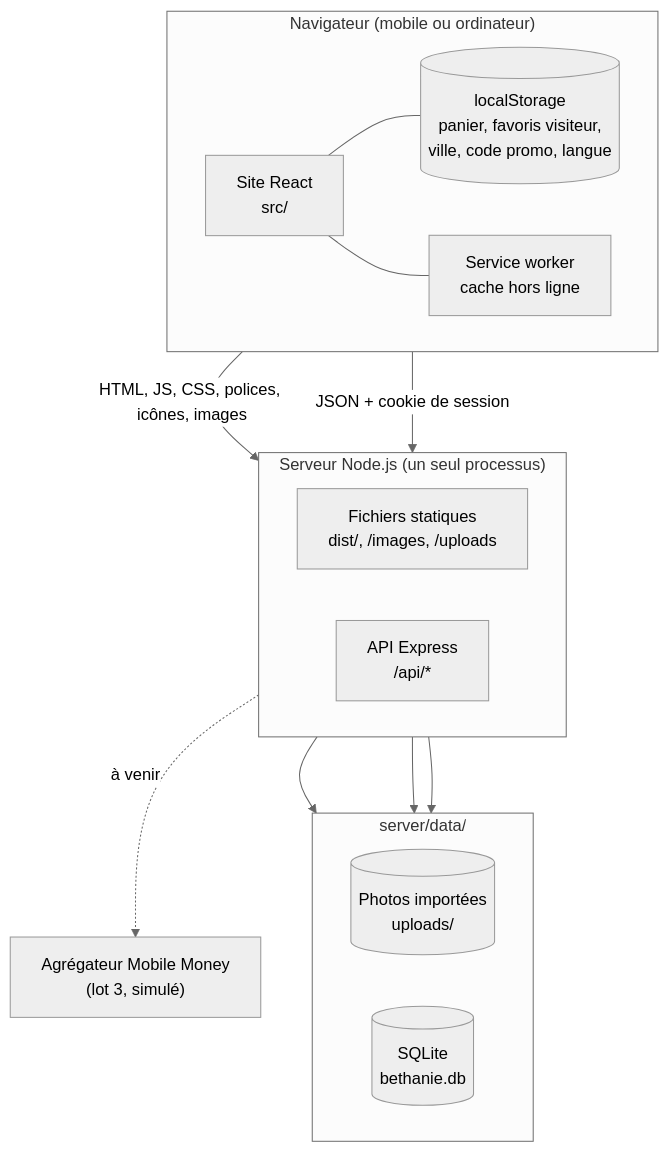
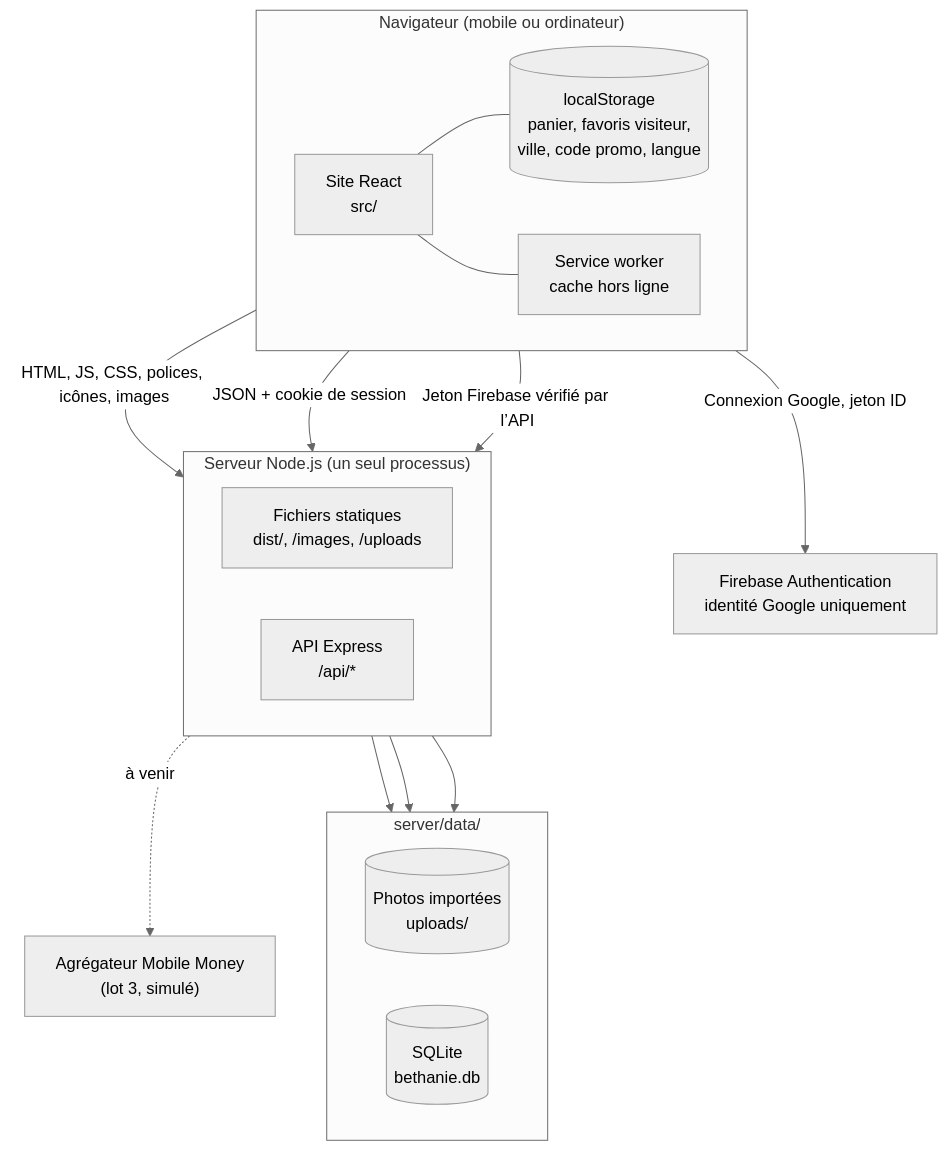
Before and after one commit to akeconstant8-tech/Bethanie: the first of 12 diagrams in docs/ARCHITECTURE.md, drawn with Mermaid (neutral theme). The commit also changed other lines of this file and 20 other files, not shown here.

Commit message:
Connect Google authentication with Firebase

````diff
--- a/docs/ARCHITECTURE.md
+++ b/docs/ARCHITECTURE.md
@@ -46,28 +48,31 @@
 ```mermaid
 flowchart TB
   subgraph NAV["Navigateur (mobile ou ordinateur)"]
     direction LR
     SPA["Site React<br/>src/"] --- LS[("localStorage<br/>panier, favoris visiteur,<br/>ville, code promo, langue")]
     SPA --- SW["Service worker<br/>cache hors ligne"]
   end
 
   subgraph SRV["Serveur Node.js (un seul processus)"]
     direction LR
     STATIC["Fichiers statiques<br/>dist/, /images, /uploads"]
     API["API Express<br/>/api/*"]
   end
+  FIREBASE["Firebase Authentication<br/>identité Google uniquement"]
   PAY["Agrégateur Mobile Money<br/>(lot 3, simulé)"]
 
   subgraph DATA["server/data/"]
     direction LR
     UP[("Photos importées<br/>uploads/")]
     DB[("SQLite<br/>bethanie.db")]
   end
 
   SW -- "HTML, JS, CSS, polices, icônes, images" --> STATIC
   SW -- "JSON + cookie de session" --> API
+  SPA -- "Connexion Google, jeton ID" --> FIREBASE
+  SPA -- "Jeton Firebase vérifié par l’API" --> API
   STATIC --> UP
   API --> UP
   API --> DB
   API -. "à venir" .-> PAY
 ```
````
